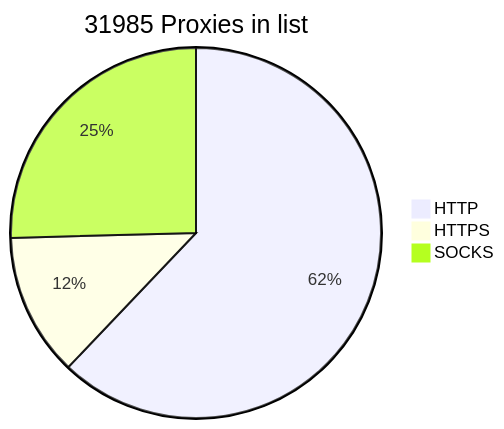
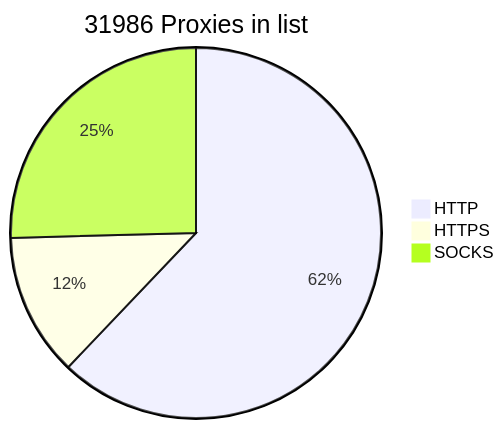
The diagram in README.md (BlackSnowDot/proxylist-update-every-minute), drawn with Mermaid before and after one commit.

````diff
--- a/README.md
+++ b/README.md
@@ -2,6 +2,6 @@
 ```mermaid
-pie title 31985 Proxies in list
-    "HTTP" : 21941
+pie title 31986 Proxies in list
+    "HTTP" : 21942
     "HTTPS": 4405
     "SOCKS" : 8982
 ```
````
